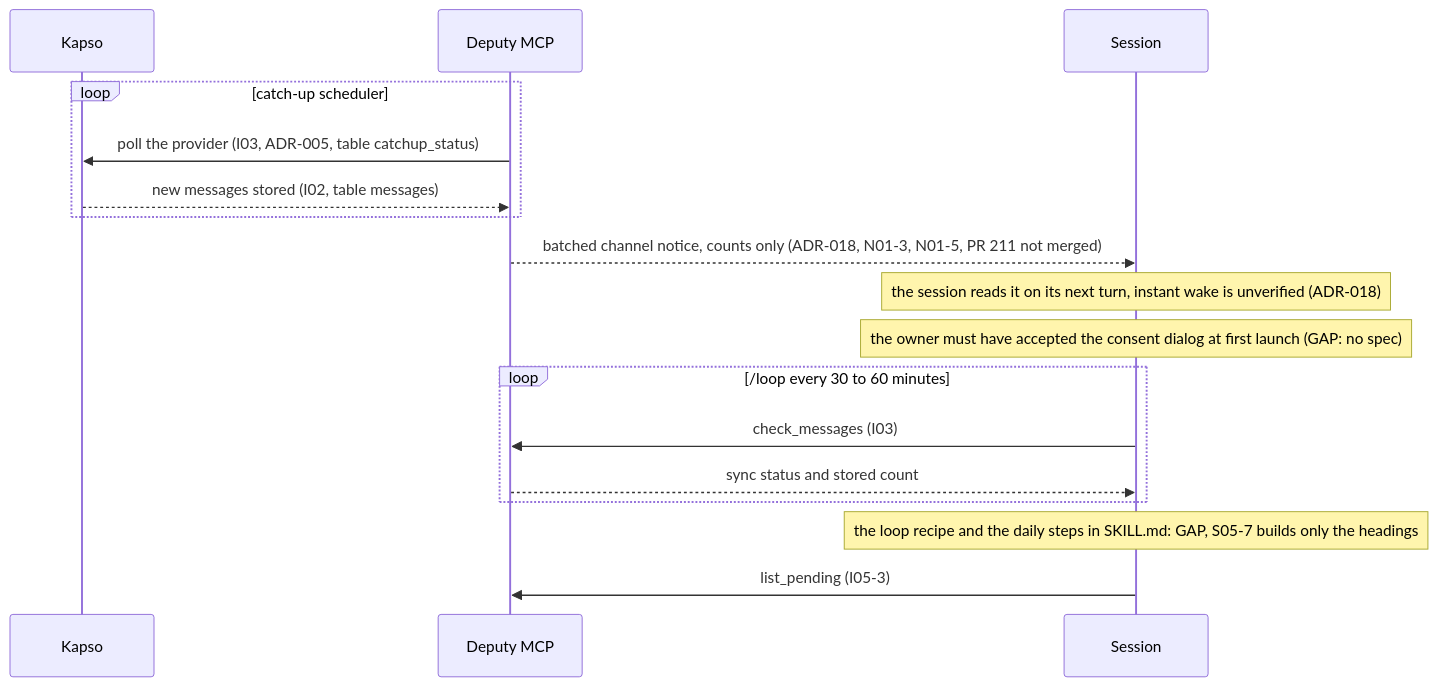
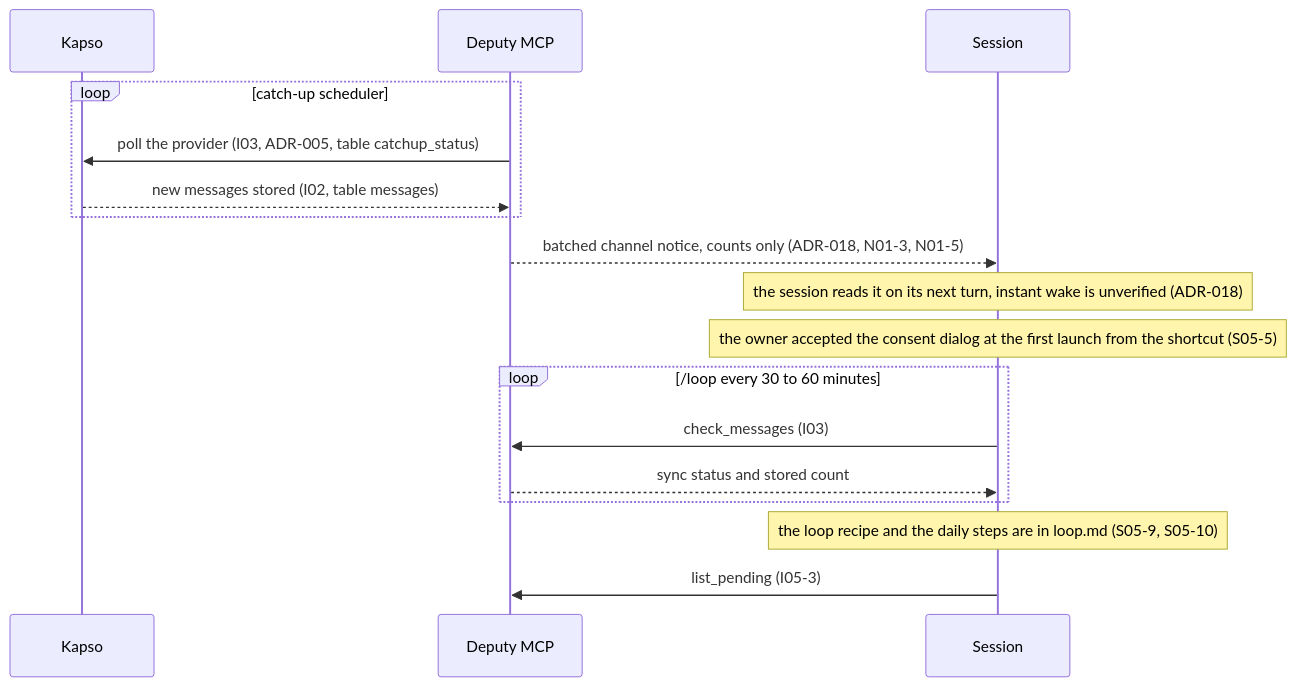
Before and after one commit to antonygiomarxdev/deputy: diagram 11 of 15 in docs/tp-detail/TP-pilot-end-to-end.md, drawn with Mermaid. The commit also changed other lines of this file, not shown here.

Commit message:
docs: drop the GAP marks that merged specs closed

````diff
--- a/docs/tp-detail/TP-pilot-end-to-end.md
+++ b/docs/tp-detail/TP-pilot-end-to-end.md
@@ -258,19 +258,19 @@
 ```mermaid
 sequenceDiagram
   participant K as Kapso
   participant M as Deputy MCP
   participant S as Session
   loop catch-up scheduler
     M->>K: poll the provider (I03, ADR-005, table catchup_status)
     K-->>M: new messages stored (I02, table messages)
   end
-  M-->>S: batched channel notice, counts only (ADR-018, N01-3, N01-5, PR 211 not merged)
+  M-->>S: batched channel notice, counts only (ADR-018, N01-3, N01-5)
   Note over S: the session reads it on its next turn, instant wake is unverified (ADR-018)
-  Note over S: the owner must have accepted the consent dialog at first launch (GAP: no spec)
+  Note over S: the owner accepted the consent dialog at the first launch from the shortcut (S05-5)
   loop /loop every 30 to 60 minutes
     S->>M: check_messages (I03)
     M-->>S: sync status and stored count
   end
-  Note over S: the loop recipe and the daily steps in SKILL.md: GAP, S05-7 builds only the headings
+  Note over S: the loop recipe and the daily steps are in loop.md (S05-9, S05-10)
   S->>M: list_pending (I05-3)
 ```
````
